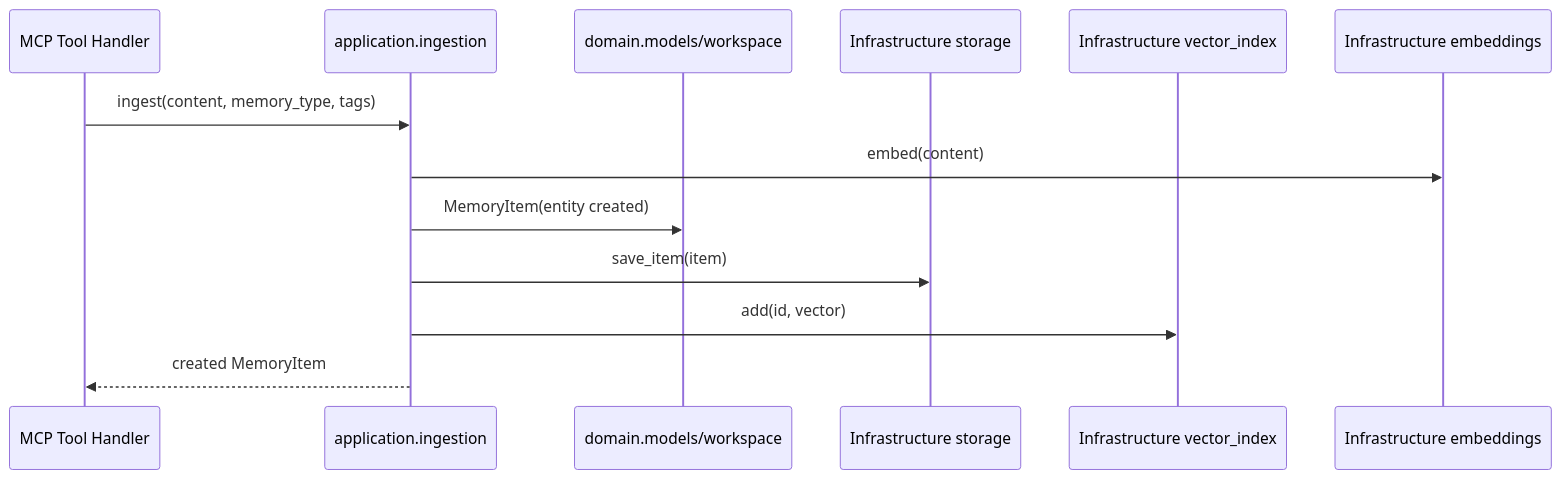
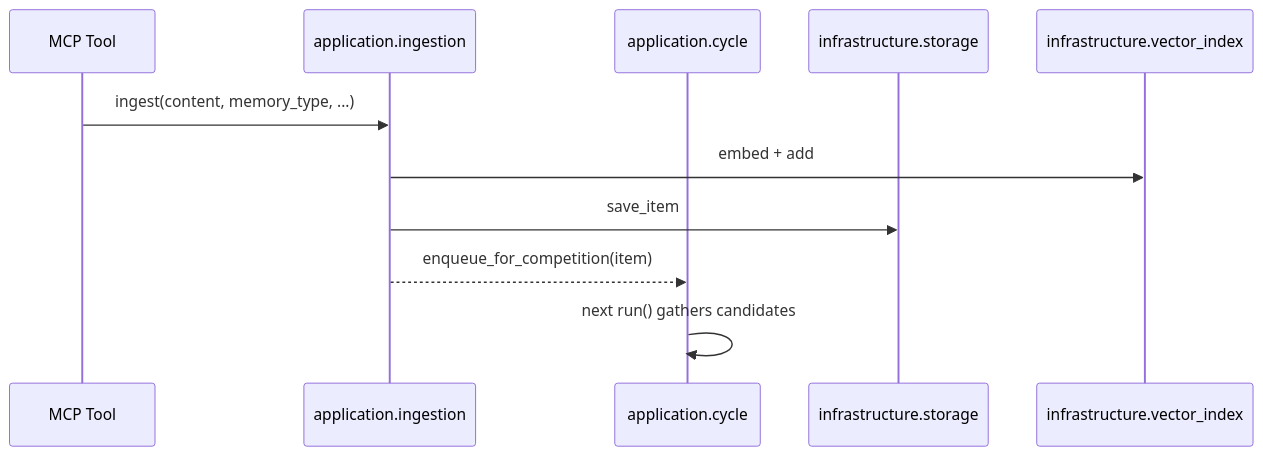
Before and after one commit to netsky-lab/gwt-context: the first of 3 diagrams in ARCHITECTURE.md, drawn with Mermaid. The commit also changed other lines of this file and 18 other files, not shown here.

Commit message:
fix: satisfy retry verification for architecture boundary task

````diff
--- a/ARCHITECTURE.md
+++ b/ARCHITECTURE.md
@@ -164,16 +104,14 @@
 ```mermaid
 sequenceDiagram
-    participant Tool as MCP Tool Handler
-    participant AppIngest as application.ingestion
-    participant Domain as domain.models/workspace
-    participant Repo as Infrastructure storage
-    participant Search as Infrastructure vector_index
-    participant Emb as Infrastructure embeddings
+  participant Tool as MCP Tool
+  participant AppIngest as application.ingestion
+  participant Cycle as application.cycle
+  participant Store as infrastructure.storage
+  participant VI as infrastructure.vector_index
 
-    Tool->>AppIngest: ingest(content, memory_type, tags)
-    AppIngest->>Emb: embed(content)
-    AppIngest->>Domain: MemoryItem(entity created)
-    AppIngest->>Repo: save_item(item)
-    AppIngest->>Search: add(id, vector)
-    AppIngest-->>Tool: created MemoryItem
+  Tool->>AppIngest: ingest(content, memory_type, ...)
+  AppIngest->>VI: embed + add
+  AppIngest->>Store: save_item
+  AppIngest-->>Cycle: enqueue_for_competition(item)
+  Cycle->>Cycle: next run() gathers candidates
 ```
````
